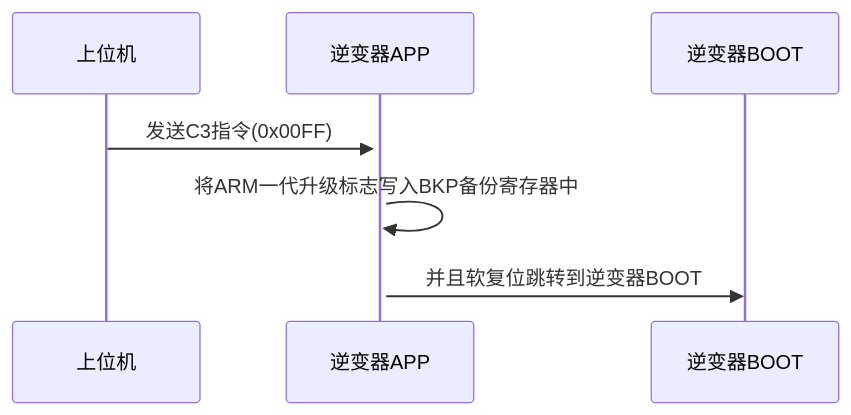
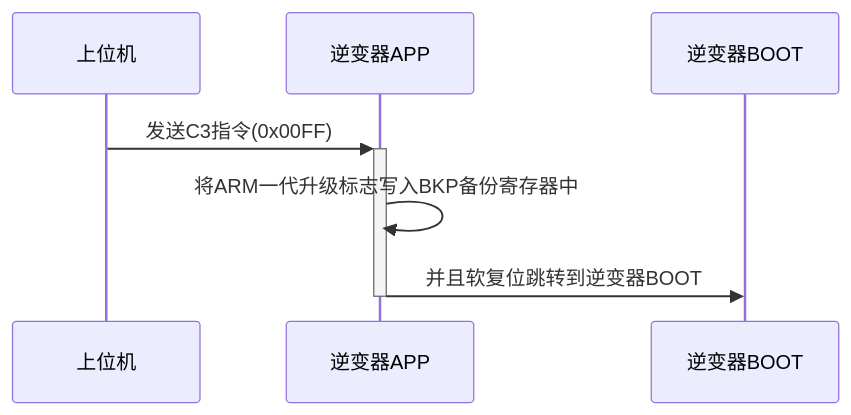
One commit to 2078142847/iodraw-files changed the diagram in all/未命名-2.md. Above: the diagram before and after it, drawn with Mermaid.

Commit message:
2024-05-30 15:33:08 update

````diff
--- a/all/未命名-2.md
+++ b/all/未命名-2.md
@@ -1,12 +1,12 @@
 ```mermaid
 sequenceDiagram
 
     participant A as 上位机
     participant B as 逆变器APP
     participant C as 逆变器BOOT
     A->>+B: 发送C3指令(0x00FF)
     B->>B: 将ARM一代升级标志写入BKP备份寄存器中
-    B->>C: 并且软复位跳转到逆变器BOOT
+    B->>-C: 并且软复位跳转到逆变器BOOT
 
     
 ```
````
